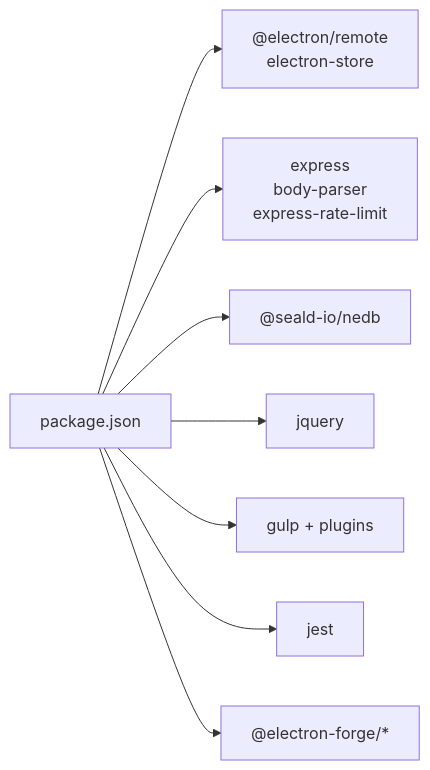
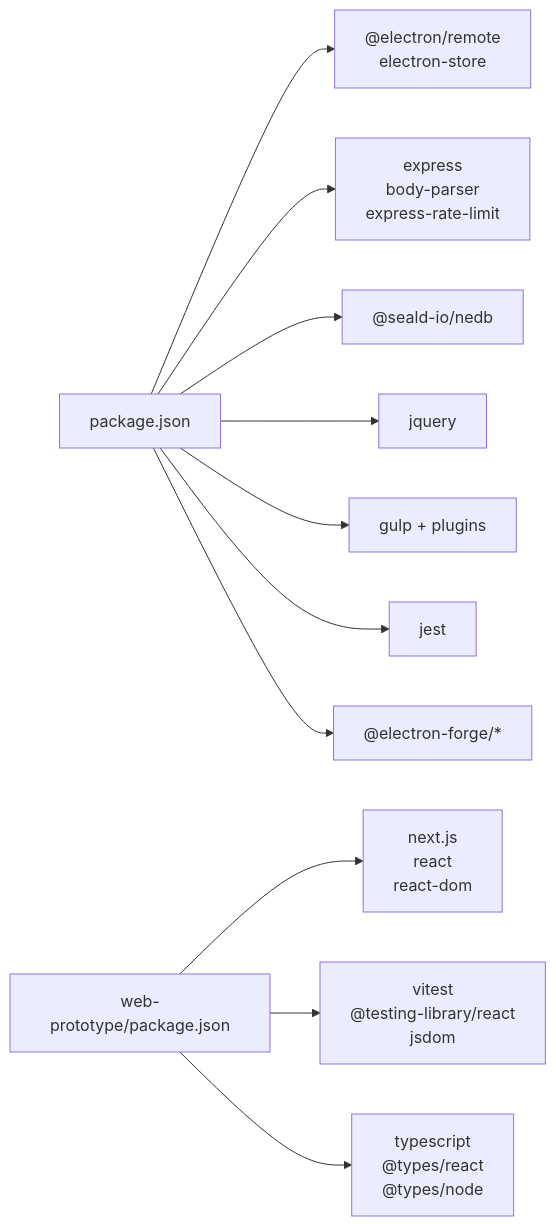
One commit to yosefdc7/PharmaPOS changed the eighth of 9 diagrams in .qoder/repowiki/en/content/Development Guide/Development Guide.md. Above: the diagram before and after it, drawn with Mermaid. The commit also changed other lines of this file and 28 other files, not shown here.

````diff
--- a/.qoder/repowiki/en/content/Development Guide/Development Guide.md
+++ b/.qoder/repowiki/en/content/Development Guide/Development Guide.md
@@ -237,10 +318,13 @@
 ```mermaid
 graph LR
 P["package.json"] --> E["@electron/remote<br/>electron-store"]
 P --> X["express<br/>body-parser<br/>express-rate-limit"]
 P --> D["@seald-io/nedb"]
 P --> JQ["jquery"]
 P --> G["gulp + plugins"]
 P --> J["jest"]
 P --> F["@electron-forge/*"]
+WP["web-prototype/package.json"] --> N["next.js<br/>react<br/>react-dom"]
+WP --> V["vitest<br/>@testing-library/react<br/>jsdom"]
+WP --> T["typescript<br/>@types/react<br/>@types/node"]
 ```
````
